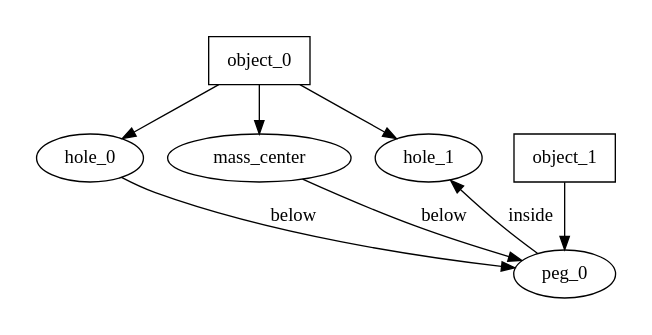
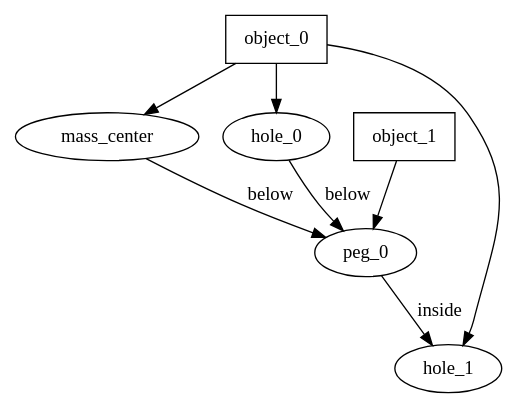
Before and after one commit to lubiluk/halepensis: the diagram in figures/graph1.dot, drawn with Graphviz. The commit also changed 14 other files, not shown here.

```diff
--- a/figures/graph1.dot
+++ b/figures/graph1.dot
@@ -1,23 +1,15 @@
 digraph G {
-    subgraph cluster_0 {
-        peripheries=0
-        0[label="object_0", shape=box];
-        1[label="hole_0"];
-        4[label="mass_center"];
-        5[label="hole_1"];
-        0->1 [label=""];
-        0->4 [label=""];
-        0->5 [label=""];
-    }
-    subgraph cluster_1 {
-        peripheries=0
-        2[label="object_1", shape=box];
-        3[label="peg_0"];
-        2->3 [label=""];
-    }
-
-
+0[label="object_0" shape=box];
+1[label="hole_0"];
+2[label="object_1" shape=box];
+3[label="peg_0"];
+4[label="mass_center"];
+5[label="hole_1"];
+0->1 [label=""];
+2->3 [label=""];
 1->3 [label="below"];
+0->4 [label=""];
 4->3 [label="below"];
+0->5 [label=""];
 3->5 [label="inside"];
 }
```
